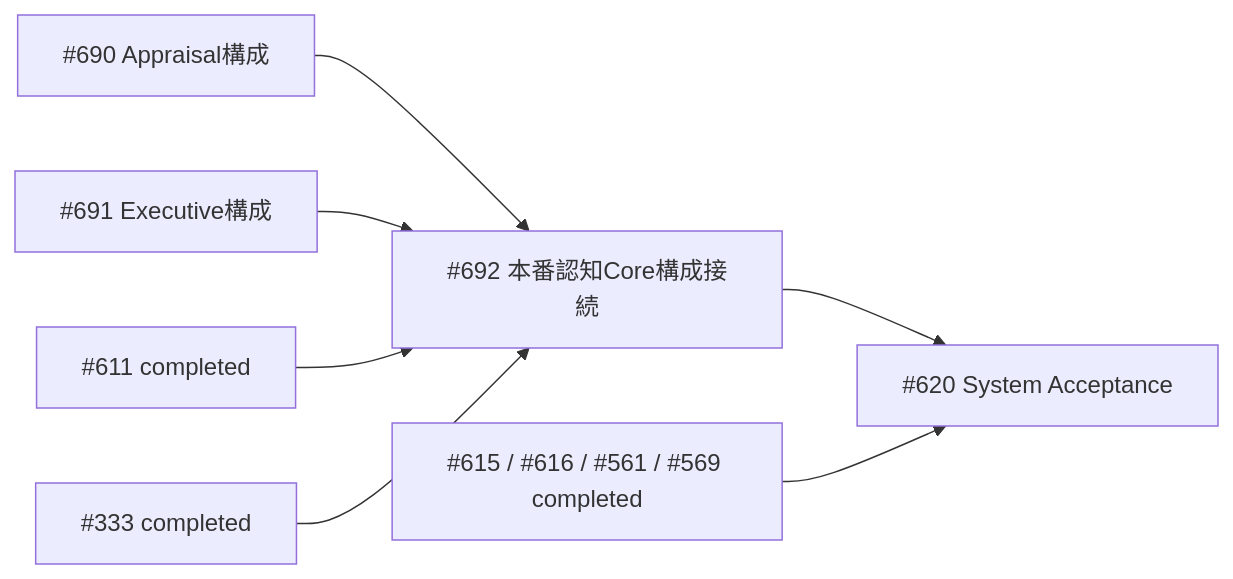
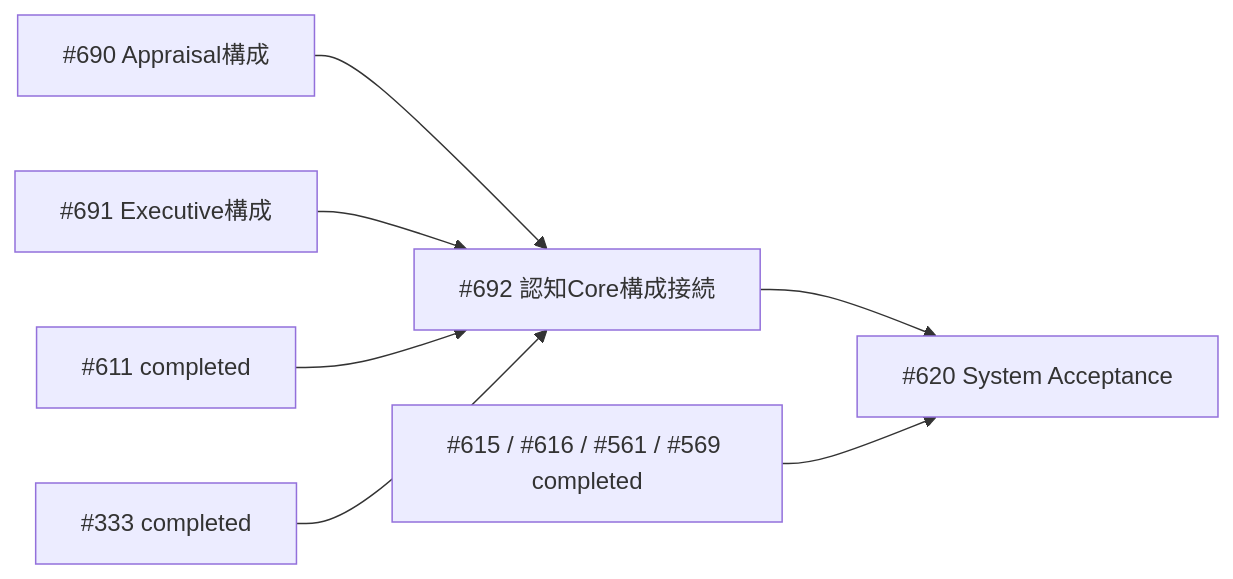
The diagram in docs/architecture/v2/production_plan_current.md (kt-workers/ai-liver-yura), drawn with Mermaid before and after one commit. The commit also changed other lines of this file and 38 other files, not shown here.

````diff
--- a/docs/architecture/v2/production_plan_current.md
+++ b/docs/architecture/v2/production_plan_current.md
@@ -148,9 +148,9 @@
 ```mermaid
 flowchart LR
-  A["#690 Appraisal構成"] --> C["#692 本番認知Core構成接続"]
+  A["#690 Appraisal構成"] --> C["#692 認知Core構成接続"]
   B["#691 Executive構成"] --> C
   D["#611 completed"] --> C
   E["#333 completed"] --> C
   C --> F["#620 System Acceptance"]
   G["#615 / #616 / #561 / #569 completed"] --> F
 ```
````
